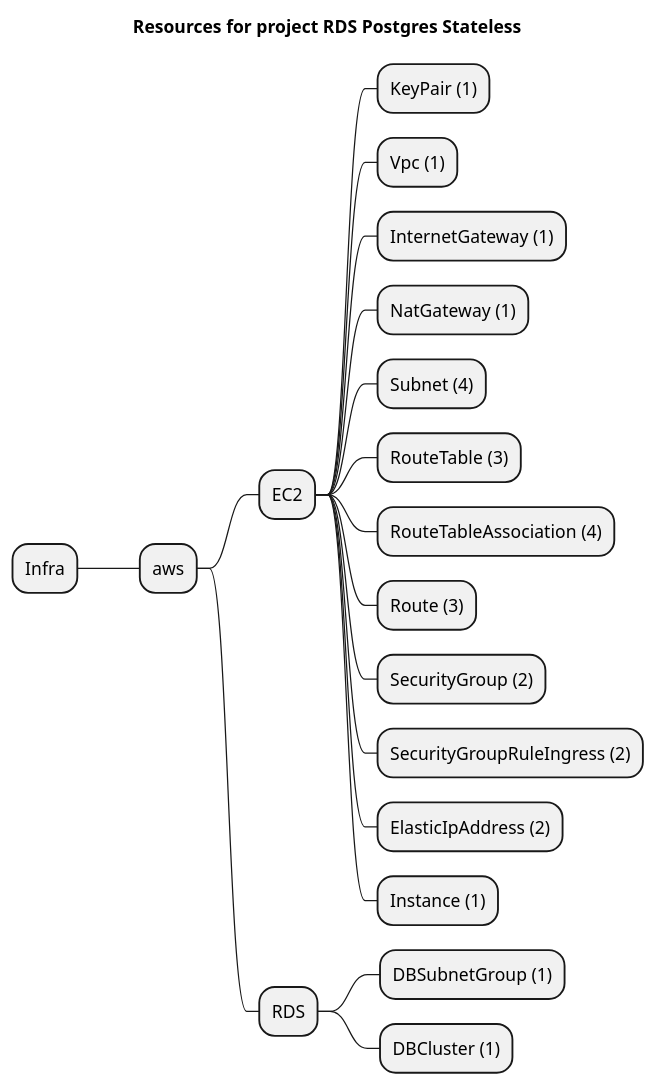
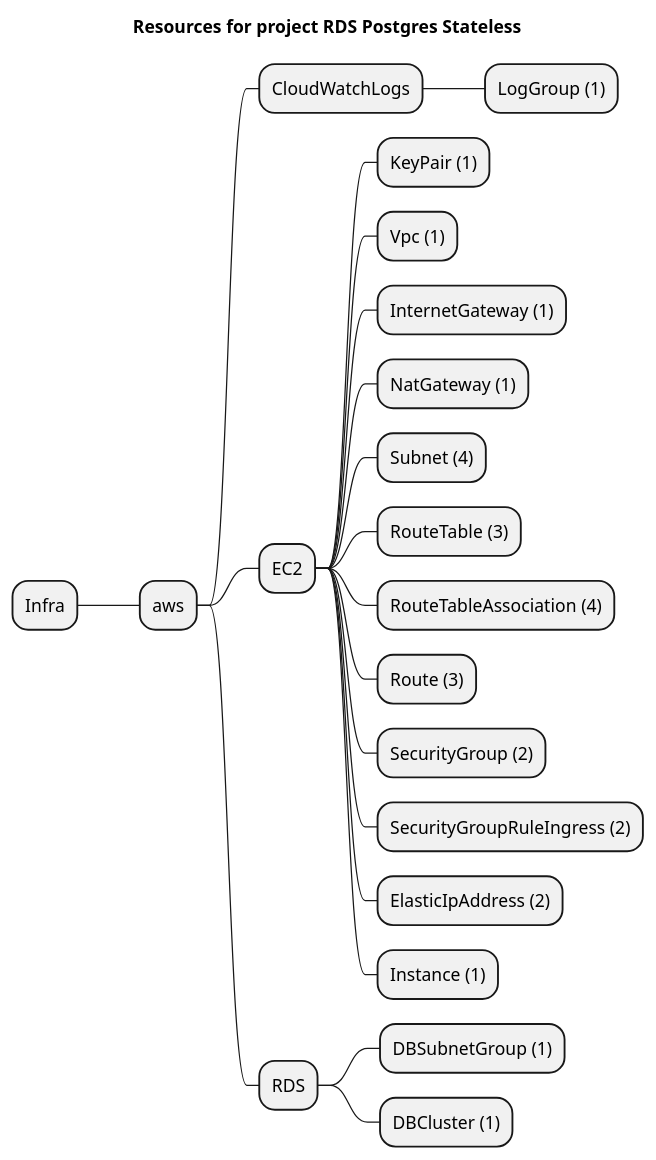
Before and after one commit to grucloud/grucloud: the diagram in examples/aws/RDS/postgres-stateless/artifacts/resources-mindmap.puml, drawn with PlantUML. The commit also changed 319 other files, not shown here.

```diff
--- a/examples/aws/RDS/postgres-stateless/artifacts/resources-mindmap.puml
+++ b/examples/aws/RDS/postgres-stateless/artifacts/resources-mindmap.puml
@@ -1,22 +1,24 @@
 @startmindmap
 title Resources for project RDS Postgres Stateless
 skinparam monochrome true
 + Infra
 ++ aws
++++ CloudWatchLogs
+++++ LogGroup (1)
 +++ EC2
 ++++ KeyPair (1)
 ++++ Vpc (1)
 ++++ InternetGateway (1)
 ++++ NatGateway (1)
 ++++ Subnet (4)
 ++++ RouteTable (3)
 ++++ RouteTableAssociation (4)
 ++++ Route (3)
 ++++ SecurityGroup (2)
 ++++ SecurityGroupRuleIngress (2)
 ++++ ElasticIpAddress (2)
 ++++ Instance (1)
 +++ RDS
 ++++ DBSubnetGroup (1)
 ++++ DBCluster (1)
 @endmindmap
```
